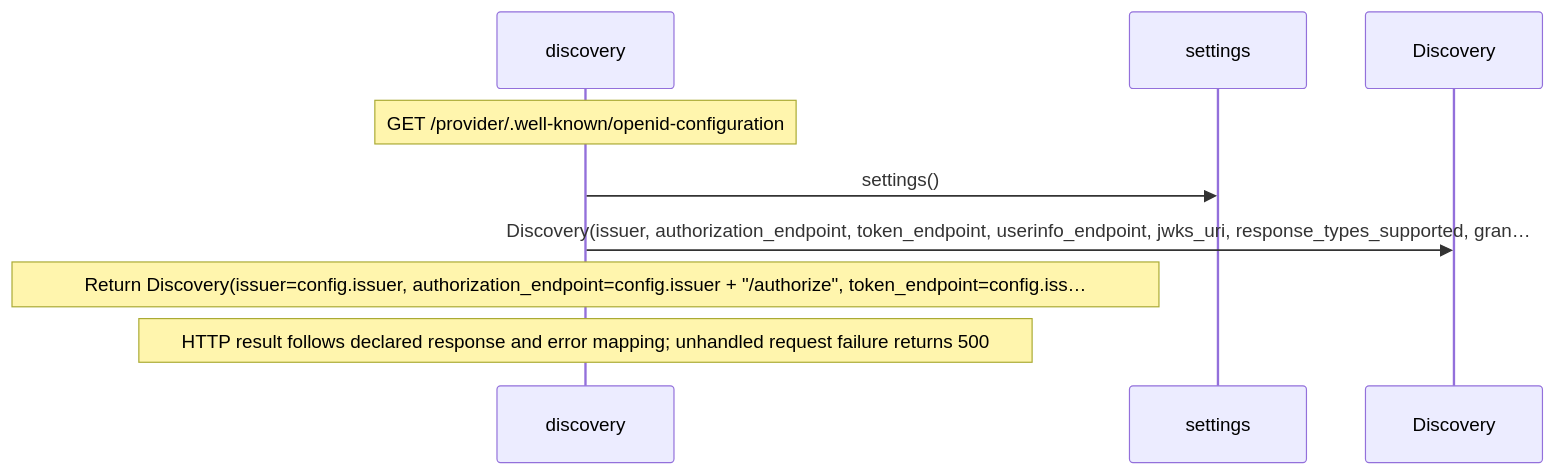
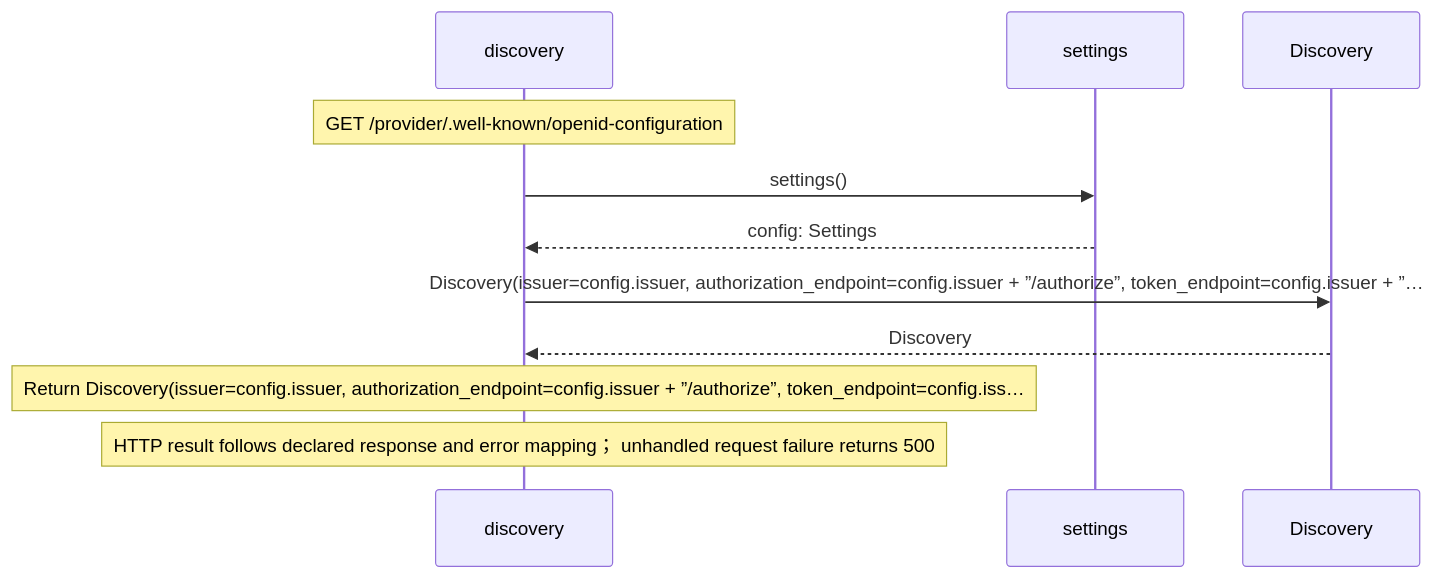
The third of 4 diagrams in docs/examples/oidc-login/provider/discovery-diagrams.md (GreenPandaStudios/augscript), drawn with Mermaid before and after one commit. The commit also changed other lines of this file and 524 other files, not shown here.

Commit message:
Explain checked data flow at folder and service levels

````diff
--- a/docs/examples/oidc-login/provider/discovery-diagrams.md
+++ b/docs/examples/oidc-login/provider/discovery-diagrams.md
@@ -80,11 +73,13 @@
 ```mermaid
 sequenceDiagram
     participant p0 as discovery
     participant p1 as settings
     participant p2 as Discovery
     Note over p0: GET /provider/.well-known/openid-configuration
     p0->>p1: settings()
-    p0->>p2: Discovery(issuer, authorization_endpoint, token_endpoint, userinfo_endpoint, jwks_uri, response_types_supported, gran…
-    Note over p0: Return Discovery(issuer=config.issuer, authorization_endpoint=config.issuer + #34;/authorize#34;, token_endpoint=config.iss…
-    Note over p0: HTTP result follows declared response and error mapping#59; unhandled request failure returns 500
+    p1-->>p0: config: Settings
+    p0->>p2: Discovery(issuer=config.issuer, authorization_endpoint=config.issuer + ”/authorize”, token_endpoint=config.issuer + ”…
+    p2-->>p0: Discovery
+    Note over p0: Return Discovery(issuer=config.issuer, authorization_endpoint=config.issuer + ”/authorize”, token_endpoint=config.iss…
+    Note over p0: HTTP result follows declared response and error mapping； unhandled request failure returns 500
 ```
````
